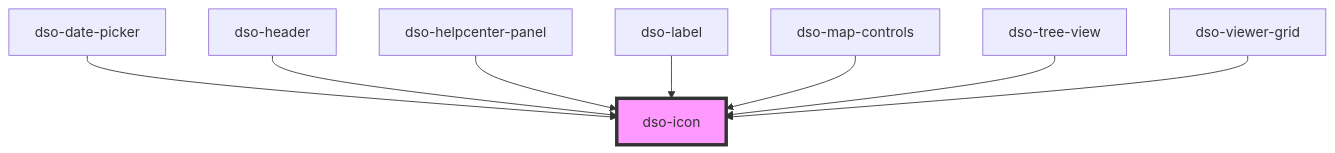
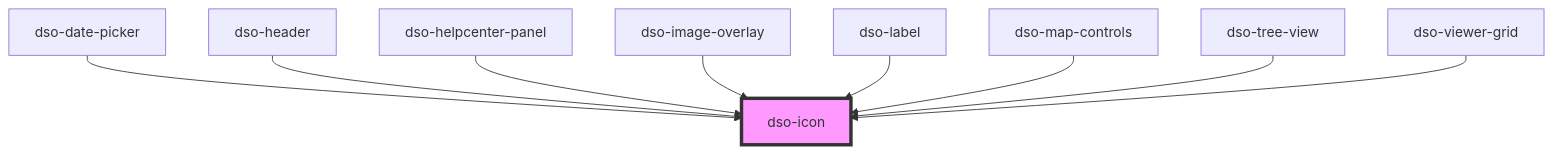
Before and after one commit to dso-toolkit/dso-toolkit: the diagram in packages/core/src/components/icon/readme.md, drawn with Mermaid. The commit also changed other lines of this file and 21 other files, not shown here.

Commit message:
#1444 Nieuw component "Image Overlay"

````diff
--- a/packages/core/src/components/icon/readme.md
+++ b/packages/core/src/components/icon/readme.md
@@ -28,11 +29,12 @@
 ```mermaid
 graph TD;
   dso-date-picker --> dso-icon
   dso-header --> dso-icon
   dso-helpcenter-panel --> dso-icon
+  dso-image-overlay --> dso-icon
   dso-label --> dso-icon
   dso-map-controls --> dso-icon
   dso-tree-view --> dso-icon
   dso-viewer-grid --> dso-icon
   style dso-icon fill:#f9f,stroke:#333,stroke-width:4px
 ```
````
